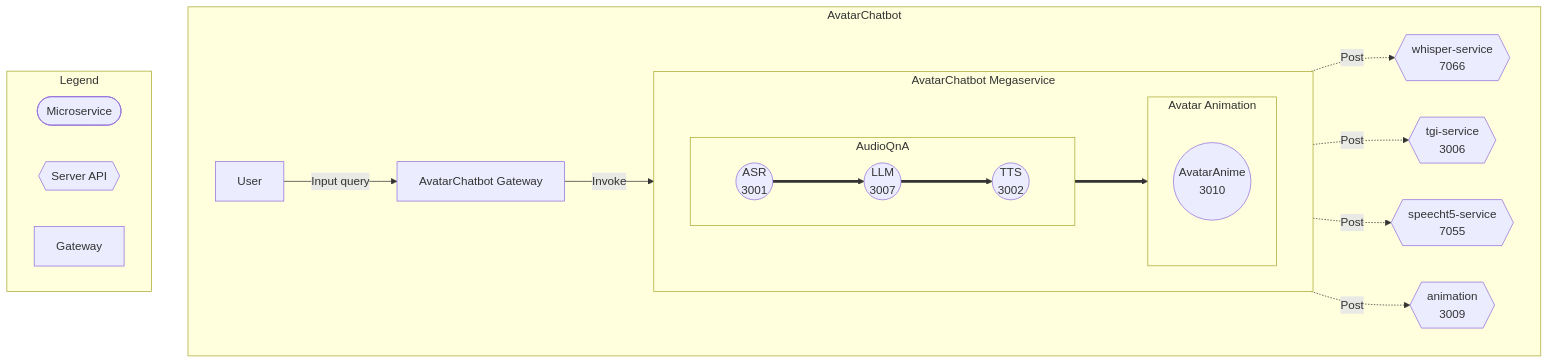
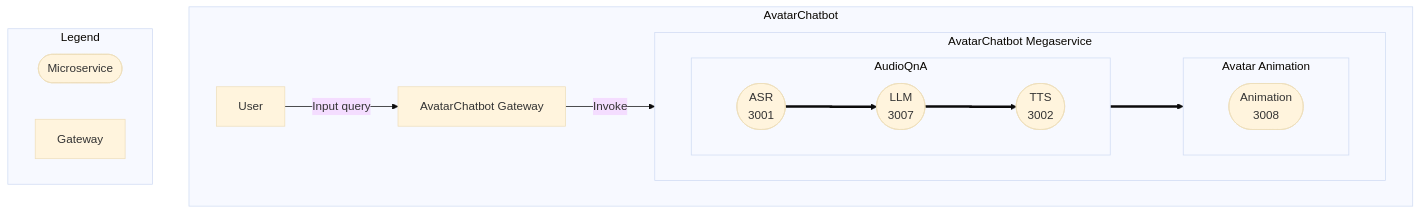
Before and after one commit to opea-project/docs: the first of 2 diagrams in community/rfcs/24-08-02-OPEA-AIAvatarChatbot.md, drawn with Mermaid. The commit also changed other lines of this file, not shown here.

Commit message:
updated mermaid graph with larger font

````diff
--- a/community/rfcs/24-08-02-OPEA-AIAvatarChatbot.md
+++ b/community/rfcs/24-08-02-OPEA-AIAvatarChatbot.md
@@ -65,34 +65,30 @@
 ```mermaid
+%%{ init : { "theme" : "base", "flowchart" : { "curve" : "stepBefore" }}}%%
+
 flowchart TB
     subgraph AvatarChatbot
         direction LR
         A[User] --> |Input query| B[AvatarChatbot Gateway]
         B --> |Invoke| Megaservice
         subgraph Megaservice["AvatarChatbot Megaservice"]
             direction LR
             subgraph AudioQnA["AudioQnA"]
                 direction LR
-                C((ASR<br>3001))
-                E((LLM<br>3007))
-                G((TTS<br>3002))
+                C([ASR<br>3001])
+                E([LLM<br>3007])
+                G([TTS<br>3002])
                 C ==> E ==> G
             end
             subgraph AvatarAnimation["Avatar Animation"]
-                direction TB
-                I((AvatarAnime<br>3010))
+                direction LR
+                I([Animation<br>3008])
             end
             G ==> I
         end
-        C -. Post .-> D{{whisper-service<br>7066}}
-        E -. Post .-> F{{tgi-service<br>3006}}
-        G -. Post .-> H{{speecht5-service<br>7055}}
-        I -. Post .-> J{{animation<br>3009}}
     end
-
     subgraph Legend
         direction LR
         L([Microservice]) 
-        M{{Server API}} 
         N[Gateway]
     end
 ```
````
